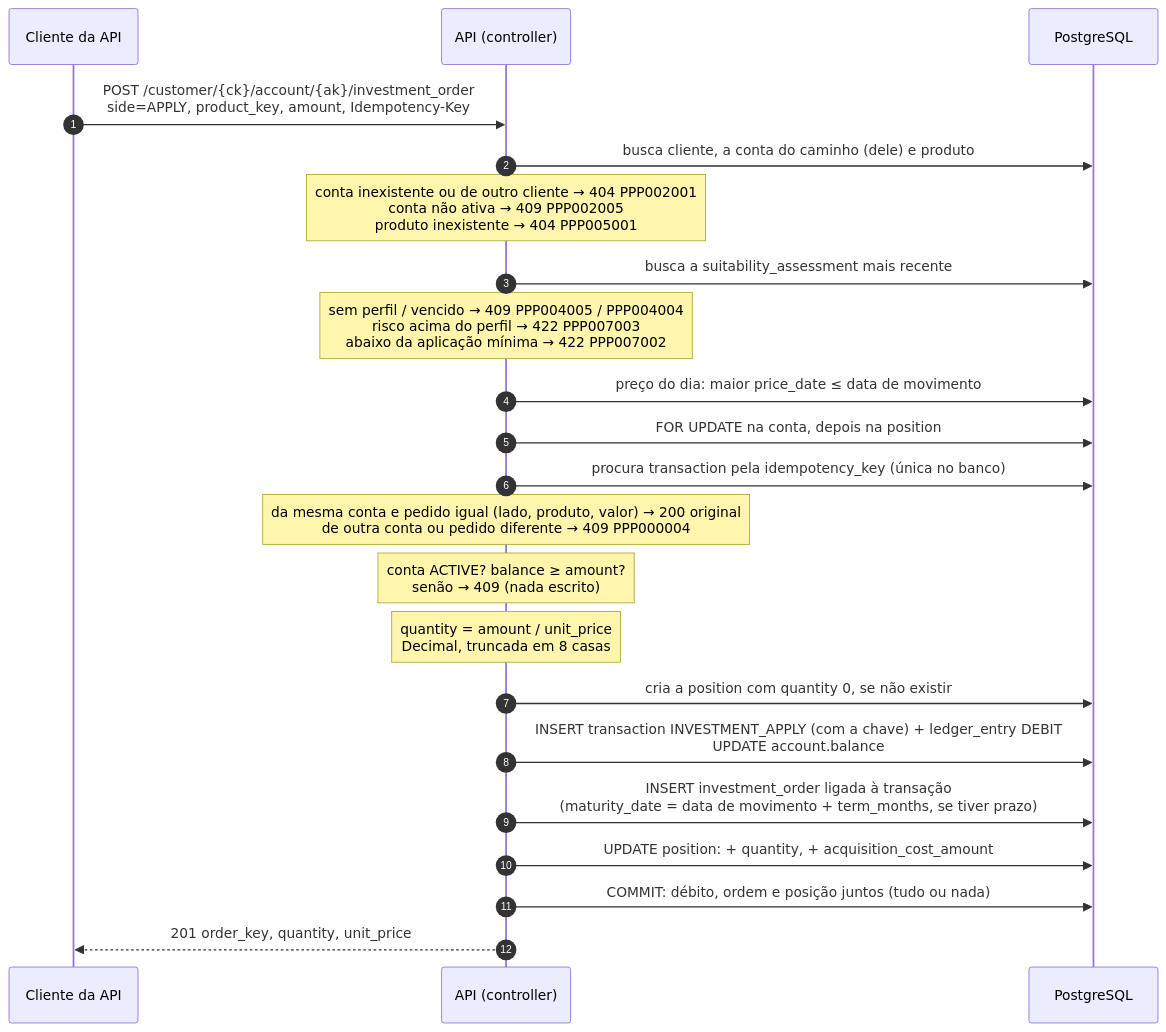
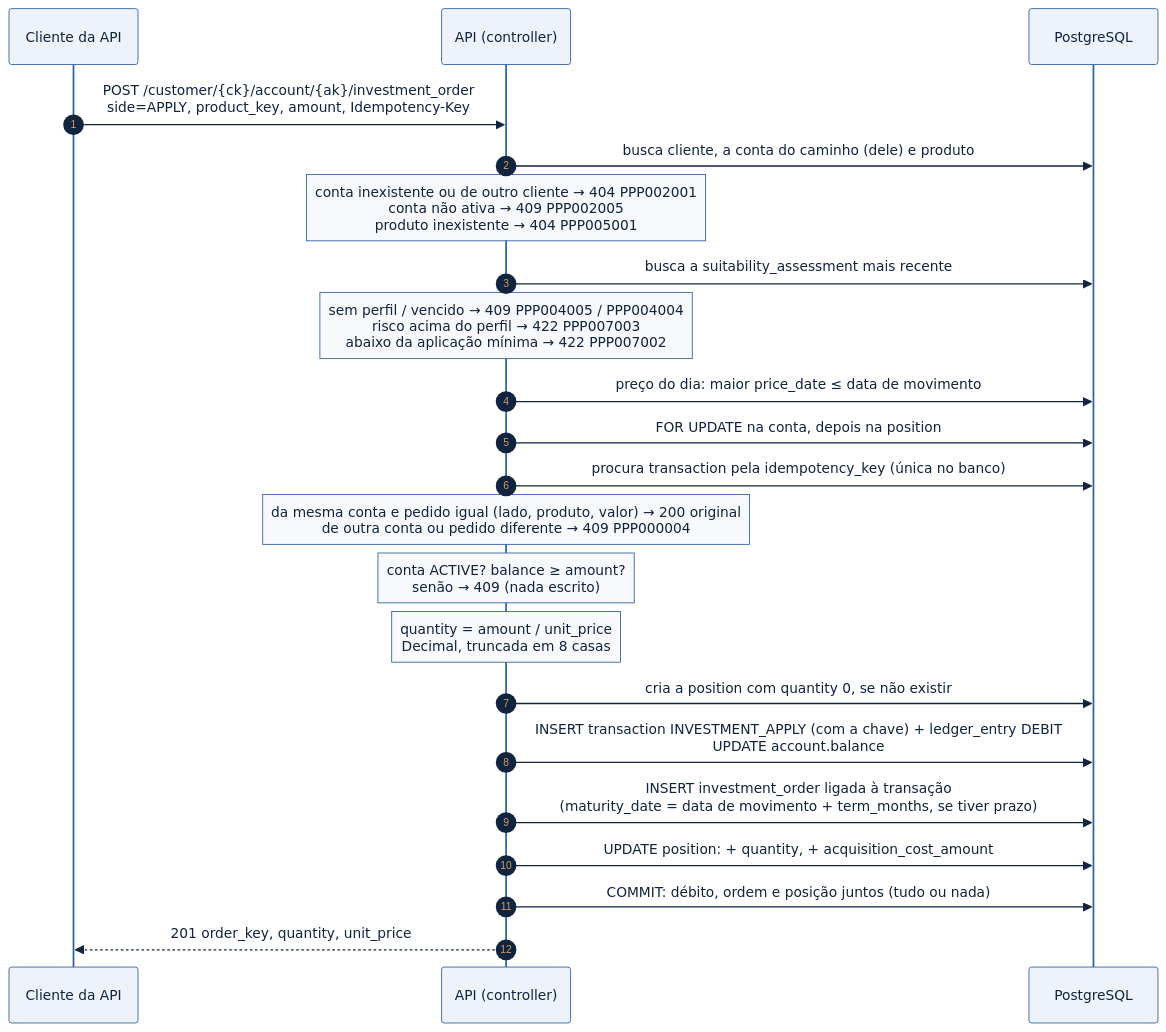
Before and after one commit to heluylucas/bootcamp-qi-tech-presidas-: the diagram in docs/diagramas/aplicacao.mmd, drawn with Mermaid. The commit also changed 18 other files, not shown here.

Commit message:
:hammer: update: diagrams-blue-theme-&-enum-notation

```diff
--- a/docs/diagramas/aplicacao.mmd
+++ b/docs/diagramas/aplicacao.mmd
@@ -1,23 +1,37 @@
+---
+config:
+  theme: base
+  themeVariables:
+    primaryColor: "#eef3fb"
+    primaryBorderColor: "#2f5f9e"
+    primaryTextColor: "#10233f"
+    lineColor: "#2f5f9e"
+    secondaryColor: "#f7f9fd"
+    tertiaryColor: "#ffffff"
+    noteBkgColor: "#f7f9fd"
+    noteBorderColor: "#2f5f9e"
+    noteTextColor: "#10233f"
+---
 sequenceDiagram
     autonumber
     participant C as Cliente da API
     participant API as API (controller)
     participant DB as PostgreSQL
 
     C->>API: POST /customer/{ck}/account/{ak}/investment_order<br/>side=APPLY, product_key, amount, Idempotency-Key
     API->>DB: busca cliente, a conta do caminho (dele) e produto
     Note over API: conta inexistente ou de outro cliente → 404 PPP002001<br/>conta não ativa → 409 PPP002005<br/>produto inexistente → 404 PPP005001
     API->>DB: busca a suitability_assessment mais recente
     Note over API: sem perfil / vencido → 409 PPP004005 / PPP004004<br/>risco acima do perfil → 422 PPP007003<br/>abaixo da aplicação mínima → 422 PPP007002
     API->>DB: preço do dia: maior price_date ≤ data de movimento
     API->>DB: FOR UPDATE na conta, depois na position
     API->>DB: procura transaction pela idempotency_key (única no banco)
     Note over API: da mesma conta e pedido igual (lado, produto, valor) → 200 original<br/>de outra conta ou pedido diferente → 409 PPP000004
     Note over API: conta ACTIVE? balance ≥ amount?<br/>senão → 409 (nada escrito)
     Note over API: quantity = amount / unit_price<br/>Decimal, truncada em 8 casas
     API->>DB: cria a position com quantity 0, se não existir
     API->>DB: INSERT transaction INVESTMENT_APPLY (com a chave) + ledger_entry DEBIT<br/>UPDATE account.balance
     API->>DB: INSERT investment_order ligada à transação<br/>(maturity_date = data de movimento + term_months, se tiver prazo)
     API->>DB: UPDATE position: + quantity, + acquisition_cost_amount
     API->>DB: COMMIT: débito, ordem e posição juntos (tudo ou nada)
     API-->>C: 201 order_key, quantity, unit_price
```
